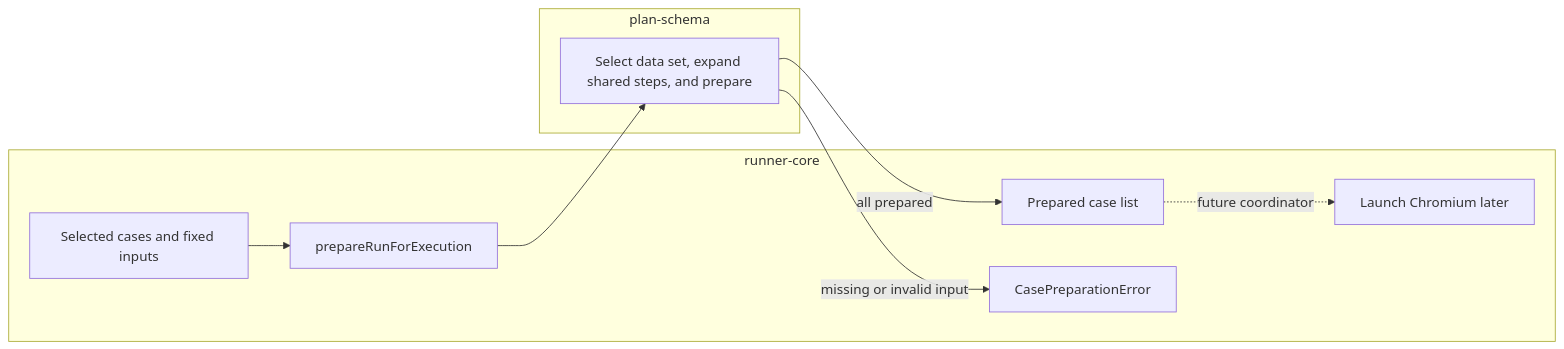
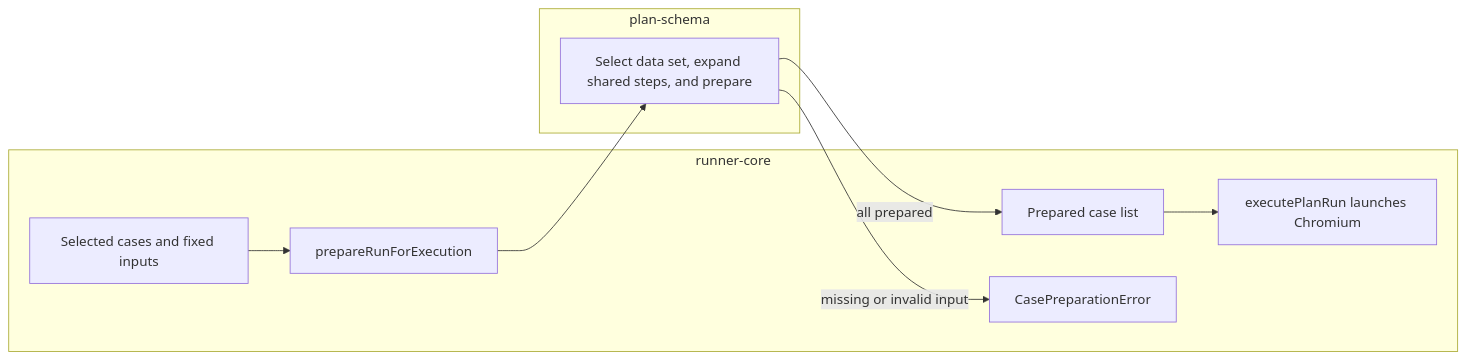
The diagram in Learning Plan/Packages/runner-core/Lessons/07-case-preparation.md (Scott-D-Hodgson/stagehand), drawn with Mermaid before and after one commit. The commit also changed other lines of this file and 57 other files, not shown here.

````diff
--- a/Learning Plan/Packages/runner-core/Lessons/07-case-preparation.md
+++ b/Learning Plan/Packages/runner-core/Lessons/07-case-preparation.md
@@ -16,16 +16,16 @@
 ```mermaid
 flowchart LR
     subgraph R[runner-core]
         I[Selected cases and fixed inputs] --> P[prepareRunForExecution]
         D[Prepared case list]
         E[CasePreparationError]
-        B[Launch Chromium later]
+        B[executePlanRun launches Chromium]
     end
     subgraph S[plan-schema]
         X[Select data set, expand shared steps, and prepare]
     end
     P --> X
     X -->|all prepared| D
     X -->|missing or invalid input| E
-    D -. future coordinator .-> B
+    D --> B
 ```
````
